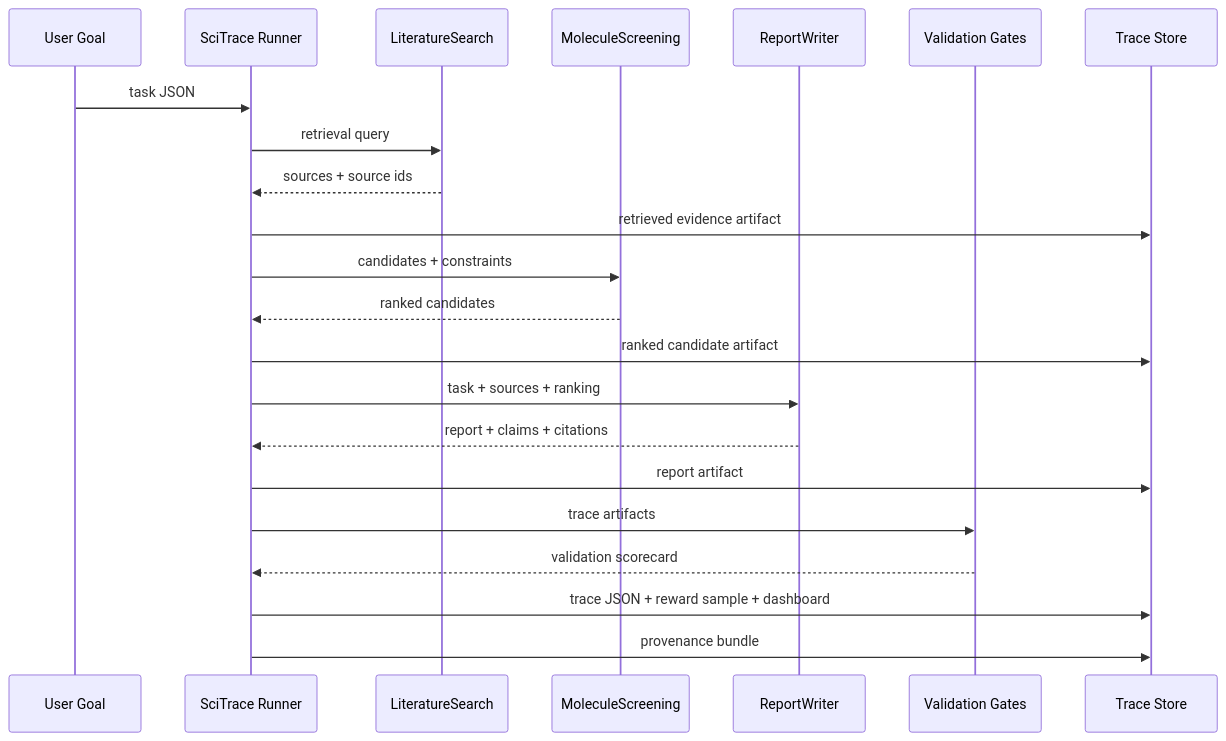
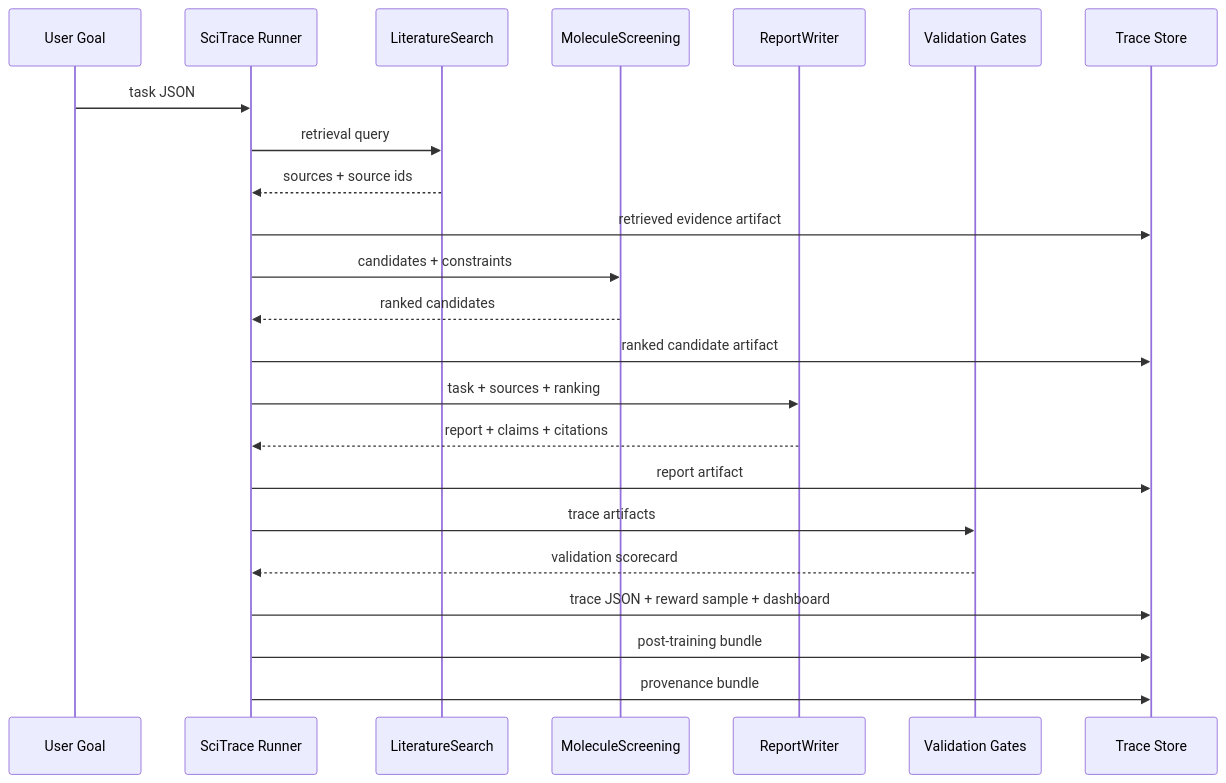
Before and after one commit to Kevin-Li-2025/SciTrace_RL: the diagram in docs/architecture.md, drawn with Mermaid. The commit also changed other lines of this file and 14 other files, not shown here.

Commit message:
Add post-training bundle for agent traces

````diff
--- a/docs/architecture.md
+++ b/docs/architecture.md
@@ -76,25 +88,26 @@
 ```mermaid
 sequenceDiagram
     participant User as User Goal
     participant Runner as SciTrace Runner
     participant Search as LiteratureSearch
     participant Screen as MoleculeScreening
     participant Writer as ReportWriter
     participant Gates as Validation Gates
     participant Store as Trace Store
 
     User->>Runner: task JSON
     Runner->>Search: retrieval query
     Search-->>Runner: sources + source ids
     Runner->>Store: retrieved evidence artifact
     Runner->>Screen: candidates + constraints
     Screen-->>Runner: ranked candidates
     Runner->>Store: ranked candidate artifact
     Runner->>Writer: task + sources + ranking
     Writer-->>Runner: report + claims + citations
     Runner->>Store: report artifact
     Runner->>Gates: trace artifacts
     Gates-->>Runner: validation scorecard
     Runner->>Store: trace JSON + reward sample + dashboard
+    Runner->>Store: post-training bundle
     Runner->>Store: provenance bundle
 ```
````
